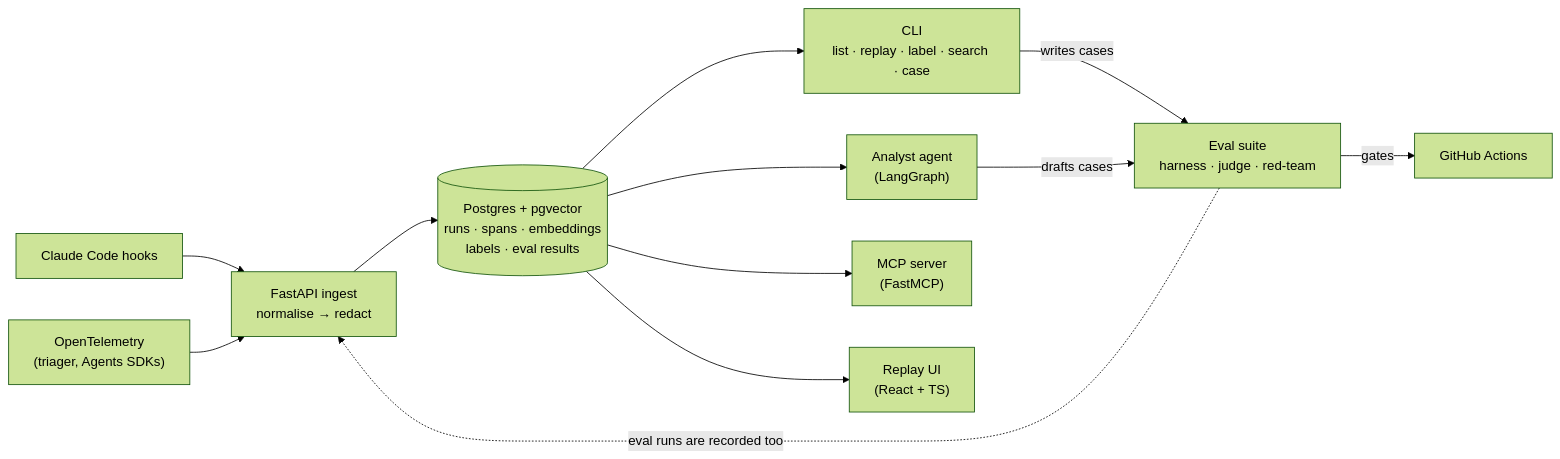
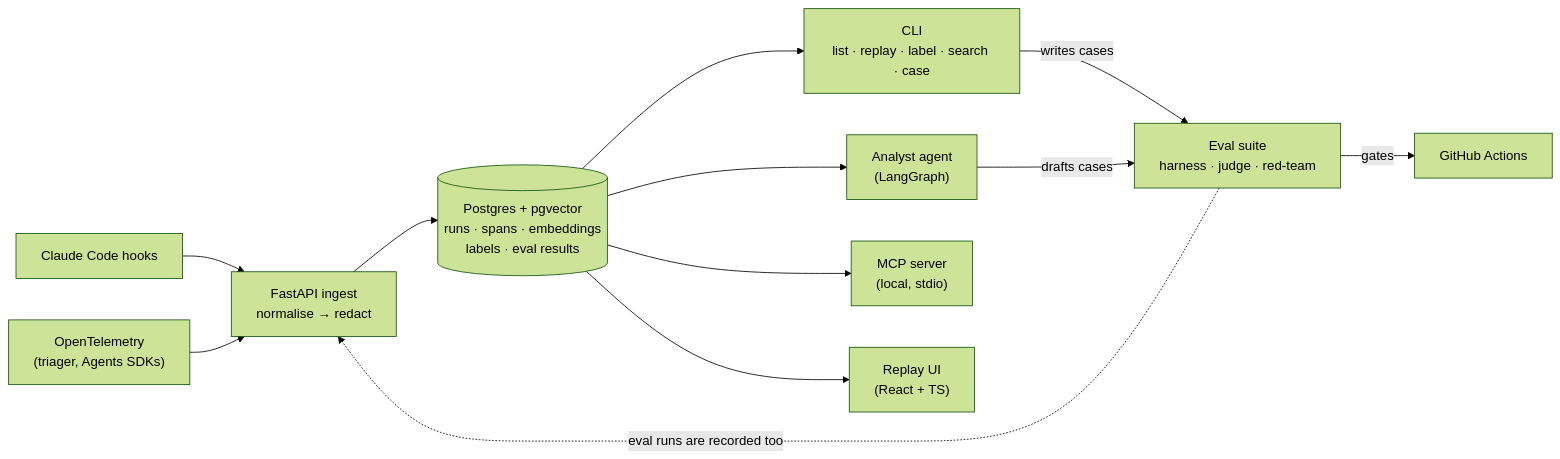
The diagram in docs/PLAN.md (sonicjoy/agent-flight-recorder), drawn with Mermaid (forest theme) before and after one commit. The commit also changed other lines of this file and 31 other files, not shown here.

First line of the commit message:
MCP server: run search and failure questions from Claude Code (#24) (#71)

````diff
--- a/docs/PLAN.md
+++ b/docs/PLAN.md
@@ -48,14 +48,14 @@
 ```mermaid
 flowchart LR
   CC["Claude Code hooks"] --> API
   OT["OpenTelemetry<br/>(triager, Agents SDKs)"] --> API
   API["FastAPI ingest<br/>normalise → redact"] --> DB[("Postgres + pgvector<br/>runs · spans · embeddings<br/>labels · eval results")]
   DB --> CLI["CLI<br/>list · replay · label · search · case"]
   DB --> AN["Analyst agent<br/>(LangGraph)"]
-  DB --> MCP["MCP server<br/>(FastMCP)"]
+  DB --> MCP["MCP server<br/>(local, stdio)"]
   DB --> UI["Replay UI<br/>(React + TS)"]
   CLI -->|writes cases| EV
   AN -->|drafts cases| EV["Eval suite<br/>harness · judge · red-team"]
   EV -->|gates| CI["GitHub Actions"]
   EV -.->|eval runs are recorded too| API
 ```
````
